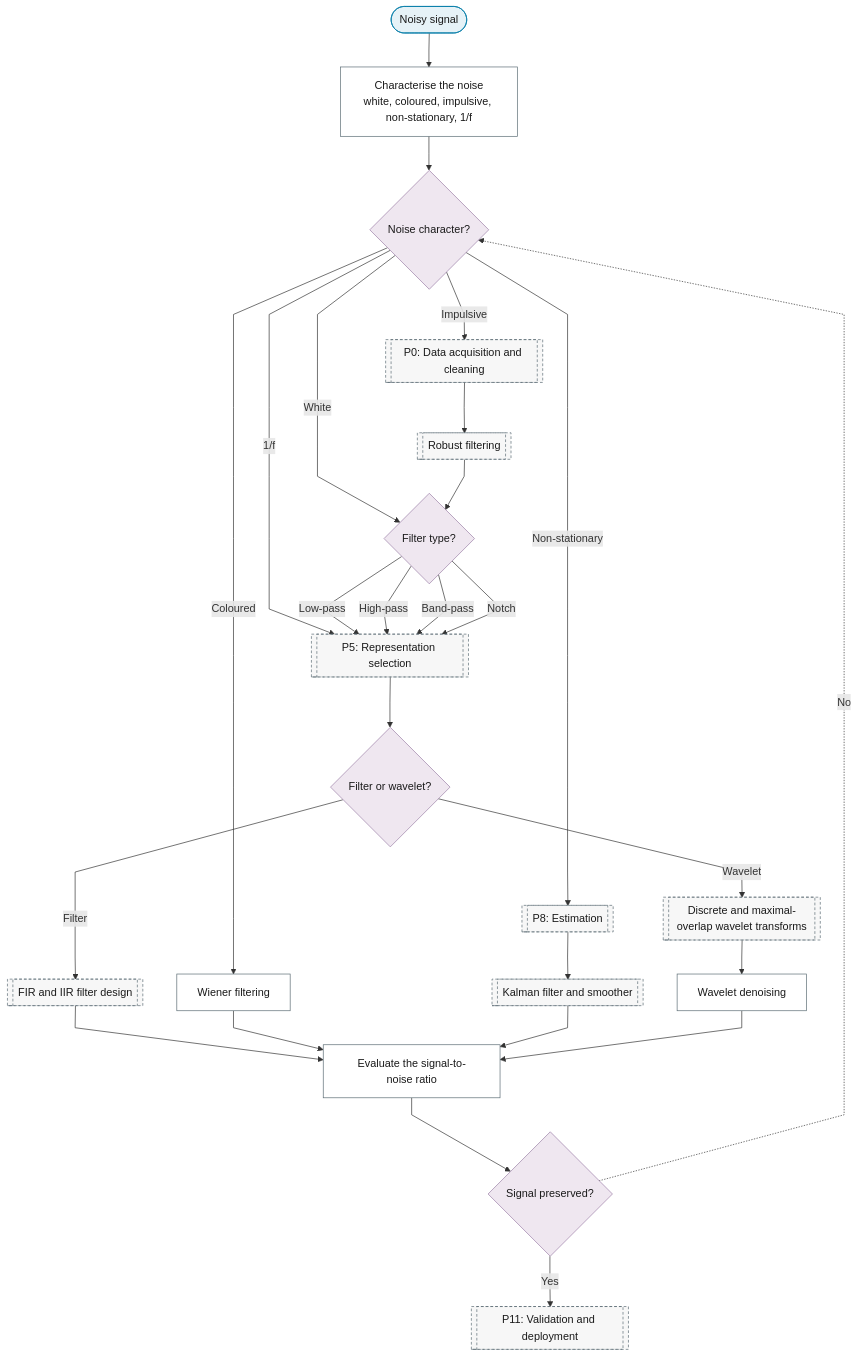
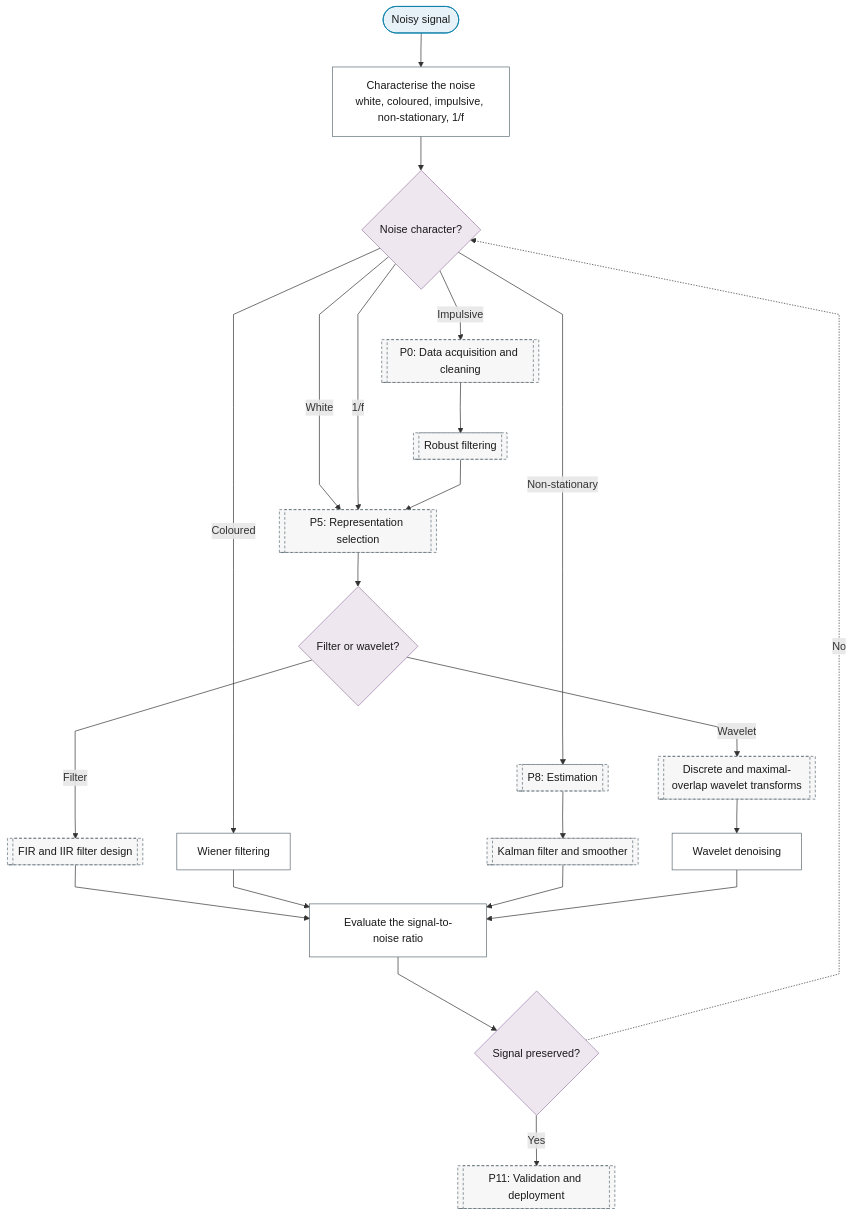
One commit to Shuxin-Y/time-series-analysis-manual changed the diagram in docs/01-workflow/p02-purpose/03-signal-extraction.md. Above: the diagram before and after it, drawn with Mermaid. The commit also changed 6 other files, not shown here.

First line of the commit message:
fix(flowchart): each pooling, filter and transfer-function choice has one place (rev2 N1, N2, N3, N4)

````diff
--- a/docs/01-workflow/p02-purpose/03-signal-extraction.md
+++ b/docs/01-workflow/p02-purpose/03-signal-extraction.md
@@ -7,38 +7,34 @@
 ```mermaid
 %%{init: {"flowchart": {"curve": "linear"}}}%%
 graph TD
     P2_SE_IN(["Noisy signal"]) --> P2_SE_NOISE_TYPE["Characterise the noise<br/>white, coloured, impulsive, non-stationary, 1/f"]
     P2_SE_NOISE_TYPE --> P2_SE_NOISE_Q{"Noise character?"}
-    P2_SE_NOISE_Q -->|"White"| P2_SE_FILTER_Q
+    P2_SE_NOISE_Q -->|"White"| P5
     P2_SE_NOISE_Q -->|"Coloured"| P2_SE_WIENER["Wiener filtering"]
     P2_SE_NOISE_Q -->|"Impulsive"| P0[["P0: Data acquisition and cleaning"]]
     P2_SE_NOISE_Q -->|"Non-stationary"| P8[["P8: Estimation"]]
     P2_SE_NOISE_Q -->|"1/f"| P5
     P0 --> P0_ROBUST_FILTER[["Robust filtering"]]
-    P0_ROBUST_FILTER --> P2_SE_FILTER_Q{"Filter type?"}
-    P2_SE_FILTER_Q -->|"Low-pass"| P5[["P5: Representation selection"]]
-    P2_SE_FILTER_Q -->|"High-pass"| P5
-    P2_SE_FILTER_Q -->|"Band-pass"| P5
-    P2_SE_FILTER_Q -->|"Notch"| P5
+    P0_ROBUST_FILTER --> P5[["P5: Representation selection"]]
     P5 --> P2_SE_TRANSFORM{"Filter or wavelet?"}
     P2_SE_TRANSFORM -->|"Filter"| P5_FD_FILTERS[["FIR and IIR filter design"]]
     P2_SE_TRANSFORM -->|"Wavelet"| P5_TF_DWT[["Discrete and maximal-overlap wavelet transforms"]]
     P5_TF_DWT --> P2_SE_WAVELET_DENOISING["Wavelet denoising"]
     P8 --> P8_KALMAN[["Kalman filter and smoother"]]
     P5_FD_FILTERS & P2_SE_WIENER & P8_KALMAN & P2_SE_WAVELET_DENOISING --> P2_SE_SNR["Evaluate the signal-to-noise ratio"]
     P2_SE_SNR --> P2_SE_OK{"Signal preserved?"}
     P2_SE_OK -.->|"No"| P2_SE_NOISE_Q
     P2_SE_OK -->|"Yes"| P11[["P11: Validation and deployment"]]
     class P2_SE_IN terminator
-    class P2_SE_NOISE_Q,P2_SE_FILTER_Q,P2_SE_TRANSFORM,P2_SE_OK decision
+    class P2_SE_NOISE_Q,P2_SE_TRANSFORM,P2_SE_OK decision
     class P2_SE_NOISE_TYPE,P2_SE_WIENER,P2_SE_WAVELET_DENOISING,P2_SE_SNR process
     class P0,P8,P0_ROBUST_FILTER,P5,P5_FD_FILTERS,P5_TF_DWT,P8_KALMAN,P11 ref
     classDef terminator fill:#E6F2F7,stroke:#007BA7,color:#1A1A1A;
     classDef process fill:#FFFFFF,stroke:#5A6B73,color:#1A1A1A;
     classDef decision fill:#EFE7F0,stroke:#9B7FA7,color:#1A1A1A;
     classDef data fill:#FFF4E0,stroke:#C9A55E,color:#1A1A1A;
     classDef good fill:#DCEFD8,stroke:#4A7A3F,color:#1A1A1A;
     classDef escalate fill:#FFE9C2,stroke:#C9A55E,color:#1A1A1A;
     classDef problem fill:#F2D9DE,stroke:#800020,color:#1A1A1A;
     classDef ref fill:#F7F7F7,stroke:#5A6B73,color:#1A1A1A,stroke-dasharray:4 3;
 ```
````
